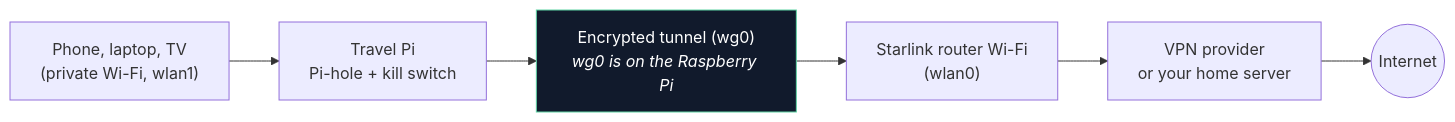
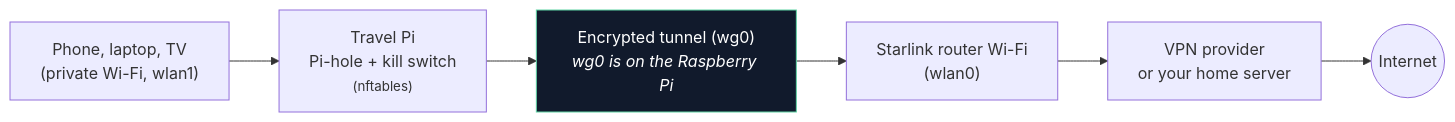
Before and after one commit to Tim-Conroy/RPi-Private-Router: the diagram in travel-vpn/README.md, drawn with Mermaid.

Commit message:
Note nftables under the kill switch in the travel-vpn diagram
Claude-Session: https://claude.ai/code/session_013daKFzbU3RtHrbJ1UgRqF6

````diff
--- a/travel-vpn/README.md
+++ b/travel-vpn/README.md
@@ -5,9 +5,9 @@
 ```mermaid
 flowchart LR
-    A["Phone, laptop, TV<br/>(private Wi-Fi, wlan1)"] --> B["Travel Pi<br/>Pi-hole + kill switch"]
+    A["Phone, laptop, TV<br/>(private Wi-Fi, wlan1)"] --> B["Travel Pi<br/>Pi-hole + kill switch<br/><small>(nftables)</small>"]
     B --> T["Encrypted tunnel (wg0)<br/><i>wg0 is on the Raspberry Pi</i>"]
     T --> C["Starlink router Wi-Fi<br/>(wlan0)"]
     C --> D["VPN provider<br/>or your home server"]
     D --> E((Internet))
     style T fill:#111a2c,stroke:#5fd3a4,color:#ffffff
 ```
````
